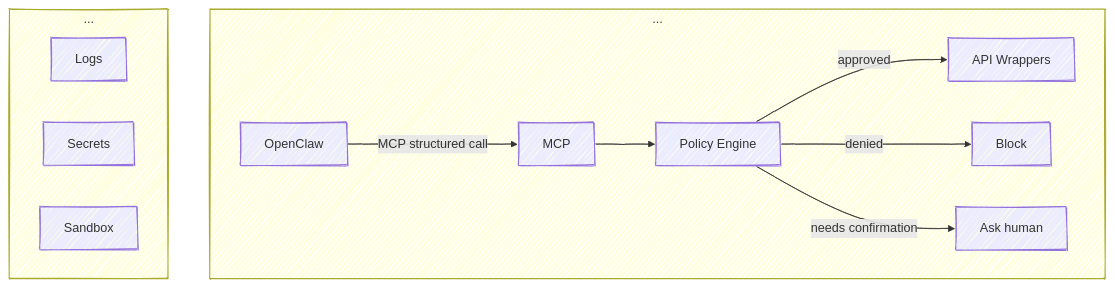
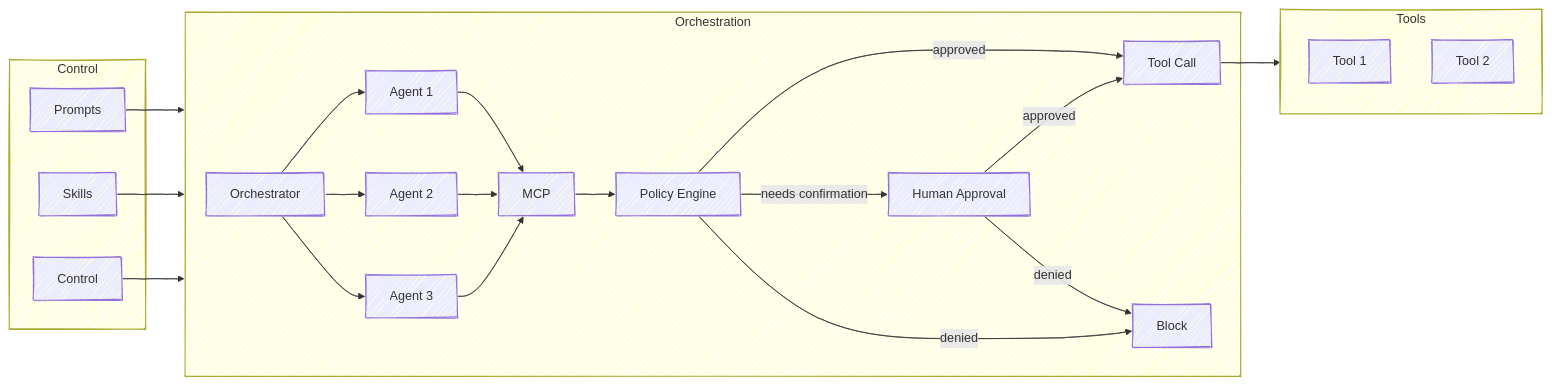
Before and after one commit to gitrsi/cyberops.zone: the diagram in doing/Newmark Intel/README.md, drawn with Mermaid. The commit also changed other lines of this file, not shown here.

````diff
--- a/doing/Newmark Intel/README.md
+++ b/doing/Newmark Intel/README.md
@@ -76,32 +77,50 @@
 ```mermaid
 ---
 config:
   layout: dagre
   look: handDrawn
   elk:
     mergeEdges: true
     nodePlacementStrategy: LINEAR_SEGMENTS
+  theme: mc
 ---
-flowchart TB
+flowchart LR
 
-    subgraph A["..."]
-        CLAW["OpenClaw"]
+    subgraph A["Orchestration"]
+        CLAW["Orchestrator"]
+        AGENT1["Agent 1"]
+        AGENT2["Agent 2"]
+        AGENT3["Agent 3"]
         MCP["MCP"]
         PE["Policy Engine"]
-        APIW["API Wrappers"]
+        APPROVAL["Human Approval"]
+        TOOLCALL["Tool Call"]
         BLCK["Block"]
-        CONFIRM["Ask human"]
     end
 
-    subgraph B["..."]
-        LOG["Logs"]
-        SEC["Secrets"]
-        SB["Sandbox"]
+    subgraph B["Control"]
+        PROMPTS["Prompts"]
+        SKILLS["Skills"]
+        CONTROL["Control"]
     end
 
-    CLAW -->|MCP structured call| MCP
+    subgraph C["Tools"]
+        TOOL1["Tool 1"]
+        TOOL2["Tool 2"]
+    end
+
+    PROMPTS --> A
+    SKILLS --> A
+    CONTROL --> A
+    CLAW --> AGENT1 & AGENT2 & AGENT3
+    AGENT1 --> MCP
+    AGENT2 --> MCP
+    AGENT3 --> MCP
     MCP --> PE
-    PE --> |approved| APIW
-    PE --> |denied| BLCK
-    PE --> |needs confirmation| CONFIRM
+    PE -- approved --> TOOLCALL
+    PE -- needs confirmation --> APPROVAL
+    APPROVAL -- approved --> TOOLCALL
+    APPROVAL -- denied --> BLCK
+    PE -- denied --> BLCK
+    TOOLCALL --> C
 ``` 
````
